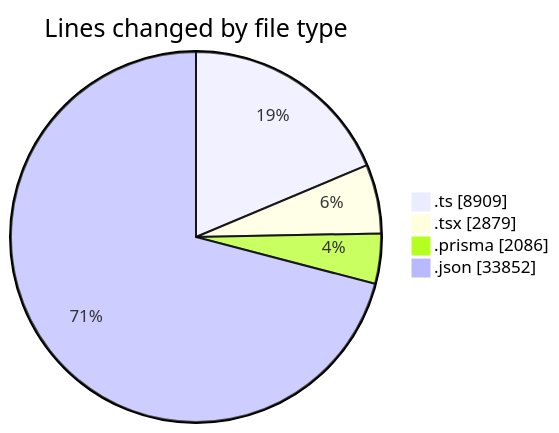
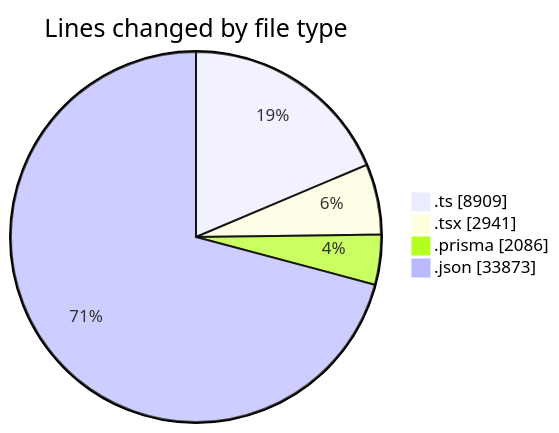
Before and after one commit to CELIANVF/code-tracking: the first of 2 diagrams in 2025-05-19/ecodeli-1/README.md, drawn with Mermaid. The commit also changed other lines of this file and 1 other file, not shown here.

````diff
--- a/2025-05-19/ecodeli-1/README.md
+++ b/2025-05-19/ecodeli-1/README.md
@@ -54,8 +54,8 @@
 ```mermaid
 pie showData
 title Lines changed by file type
 ".ts" : 8909
-".tsx" : 2879
+".tsx" : 2941
 ".prisma" : 2086
-".json" : 33852
+".json" : 33873
 ```
````
